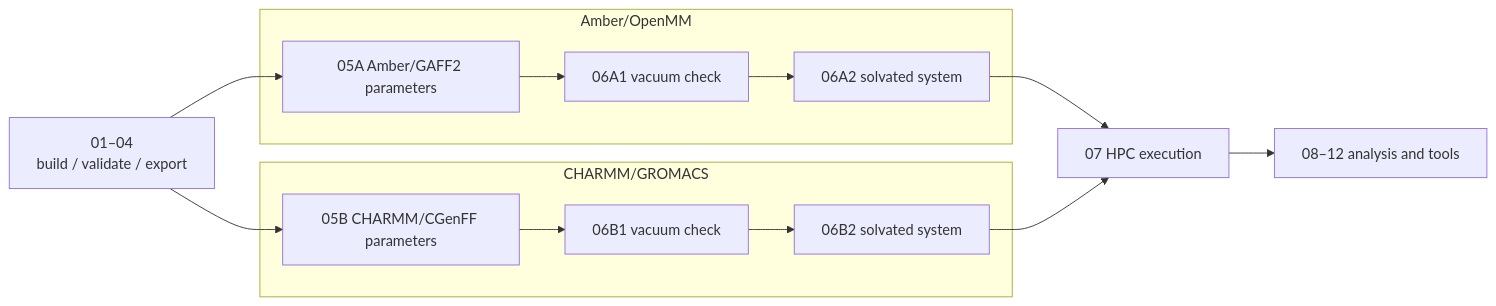
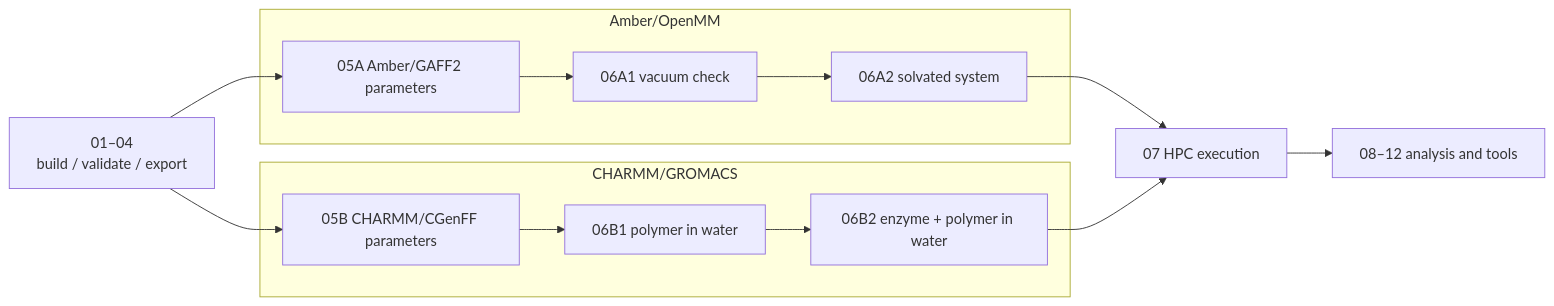
One commit to DanielYyork/iPHAsimulatorV2 changed the diagram in notebooks/README.md. Above: the diagram before and after it, drawn with Mermaid. The commit also changed other lines of this file and 14 other files, not shown here.

First line of the commit message:
06B1: CHARMM/GROMACS polymer in water, built like the polymer benchmark

````diff
--- a/notebooks/README.md
+++ b/notebooks/README.md
@@ -32,15 +33,15 @@
 ```mermaid
 flowchart LR
     S["01–04<br/>build / validate / export"]
     S --> A5
     S --> B5
     subgraph AO["Amber/OpenMM"]
         A5["05A Amber/GAFF2 parameters"] --> A61["06A1 vacuum check"] --> A62["06A2 solvated system"]
     end
     subgraph CG["CHARMM/GROMACS"]
-        B5["05B CHARMM/CGenFF parameters"] --> B61["06B1 vacuum check"] --> B62["06B2 solvated system"]
+        B5["05B CHARMM/CGenFF parameters"] --> B61["06B1 polymer in water"] --> B62["06B2 enzyme + polymer in water"]
     end
     A62 --> H["07 HPC execution"]
     B62 --> H
     H --> X["08–12 analysis and tools"]
 ```
````
